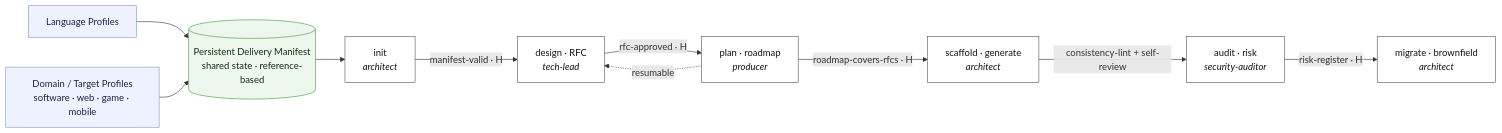
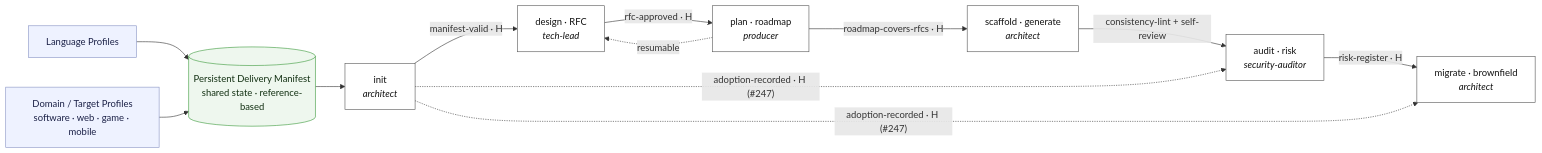
One commit to danielPoloWork/pgs-eados changed the first of 2 diagrams in .eados-core/docs/rfc/0001-eados-delivery-os.md. Above: the diagram before and after it, drawn with Mermaid. The commit also changed 29 other files, not shown here.

````diff
--- a/.eados-core/docs/rfc/0001-eados-delivery-os.md
+++ b/.eados-core/docs/rfc/0001-eados-delivery-os.md
@@ -79,21 +79,23 @@
 ```mermaid
 flowchart LR
   classDef data fill:#eef2ff,stroke:#8893c4,color:#1b2147;
   classDef state fill:#eef7ee,stroke:#3a9a3a,color:#123012;
   classDef phase fill:#ffffff,stroke:#555555,color:#111111;
 
   LP["Language Profiles"]:::data
   DP["Domain / Target Profiles<br/>software · web · game · mobile"]:::data
   MAN[("Persistent Delivery Manifest<br/>shared state · reference-based")]:::state
 
   LP --> MAN
   DP --> MAN
   MAN --> INIT
 
   INIT["init<br/><i>architect</i>"]:::phase -->|"manifest-valid · H"| DESIGN["design · RFC<br/><i>tech-lead</i>"]:::phase
   DESIGN -->|"rfc-approved · H"| PLAN["plan · roadmap<br/><i>producer</i>"]:::phase
   PLAN -->|"roadmap-covers-rfcs · H"| SCAFFOLD["scaffold · generate<br/><i>architect</i>"]:::phase
   SCAFFOLD -->|"consistency-lint + self-review"| AUDIT["audit · risk<br/><i>security-auditor</i>"]:::phase
   AUDIT -->|"risk-register · H"| MIGRATE["migrate · brownfield<br/><i>architect</i>"]:::phase
   PLAN -. resumable .-> DESIGN
+  INIT -. "adoption-recorded · H (#247)" .-> AUDIT
+  INIT -. "adoption-recorded · H (#247)" .-> MIGRATE
 ```
````
